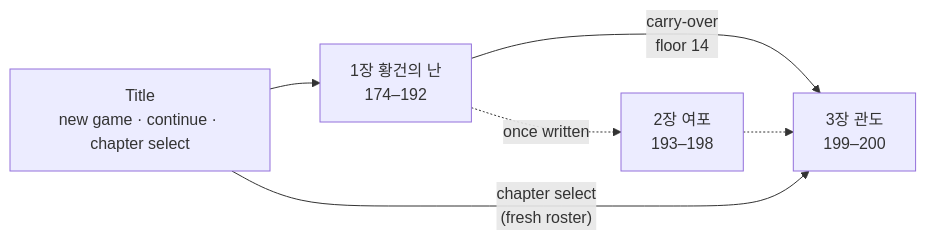
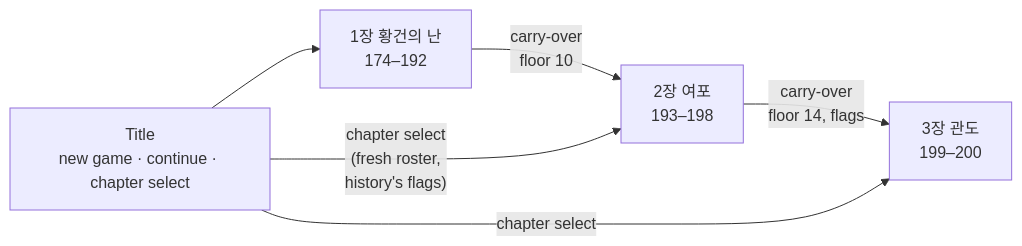
The first of 4 diagrams in docs/remake/STORY.md (dudueul/caocao), drawn with Mermaid before and after one commit. The commit also changed other lines of this file and 47 other files, not shown here.

````diff
--- a/docs/remake/STORY.md
+++ b/docs/remake/STORY.md
@@ -23,8 +22,8 @@
 ```mermaid
 flowchart LR
   T["Title<br/>new game · continue · chapter select"] --> C1["1장 황건의 난<br/>174–192"]
-  C1 -->|"carry-over<br/>floor 14"| C3["3장 관도<br/>199–200"]
-  C1 -.->|"once written"| C2["2장 여포<br/>193–198"]
-  C2 -.-> C3
-  T -->|"chapter select<br/>(fresh roster)"| C3
+  C1 -->|"carry-over<br/>floor 10"| C2["2장 여포<br/>193–198"]
+  C2 -->|"carry-over<br/>floor 14, flags"| C3["3장 관도<br/>199–200"]
+  T -->|"chapter select<br/>(fresh roster,<br/>history's flags)"| C2
+  T -->|"chapter select"| C3
 ```
````
